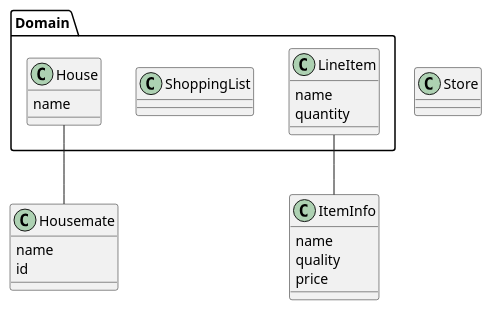
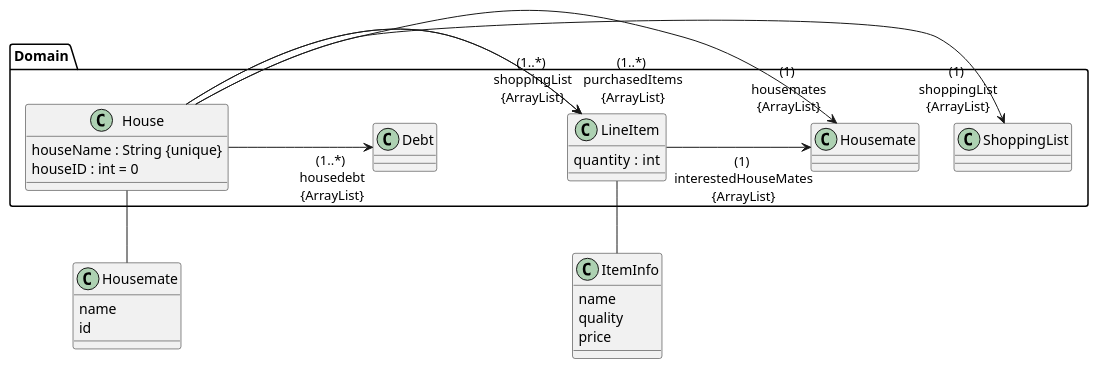
The fourth of 4 diagrams in doc/design.md (willemnielsen/House-App), drawn with PlantUML before and after one commit. The commit also changed other lines of this file, not shown here.

````diff
--- a/doc/design.md
+++ b/doc/design.md
@@ -114,30 +109,37 @@
 ```plantuml
 @startuml
 
 class Domain.House {
-    name
+    houseName : String {unique}
+    houseID : int = 0
     }
+ Domain.House -> "(1) \nshoppingList\n{ArrayList}" Domain.ShoppingList : \t\t\t\t
+ Domain.House -> "(1) \nhousemates\n{ArrayList}" Domain.Housemate : \t\t\t\t
+ Domain.House -> "(1..*) \npurchasedItems\n{ArrayList}" Domain.LineItem : \t\t\t\t
+ Domain.House -> "(1..*) \nhousedebt\n{ArrayList}" Domain.Debt : \t\t\t\t
 
-class Domain.ShoppingList
+class Domain.ShoppingList{
+}
+Domain.House -> "(1..*) \nshoppingList\n{ArrayList}" Domain.LineItem : \t\t\t\t
 class Domain.LineItem {
-    name
-    quantity 
+    quantity  : int 
     }
+Domain.LineItem -> "(1) \ninterestedHouseMates\n{ArrayList}" Domain.Housemate : \t\t\t\t
 class ItemInfo {
     name
     quality
     price
     }
-class Store
+
 class Housemate {
     name
     id
     }
 
 
 Domain.LineItem -- ItemInfo 
 Domain.House -- Housemate
 
 
 @enduml
 ```
````
